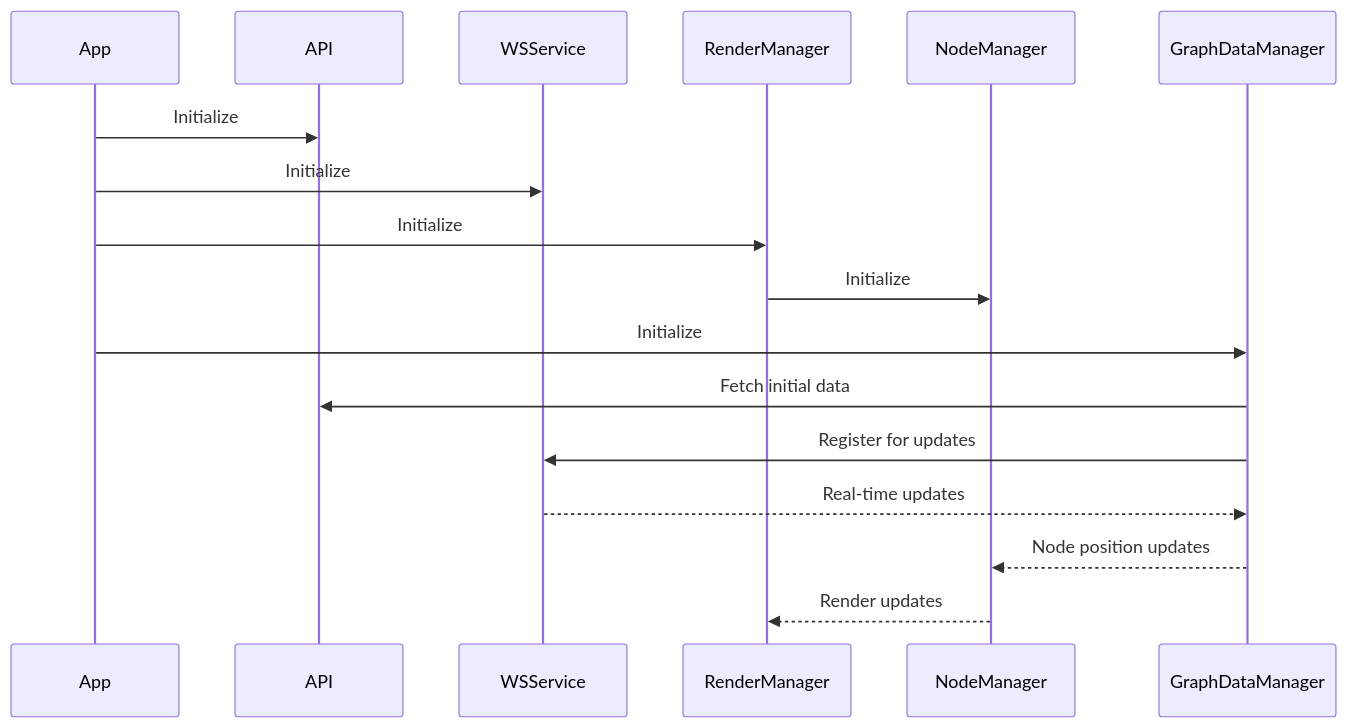
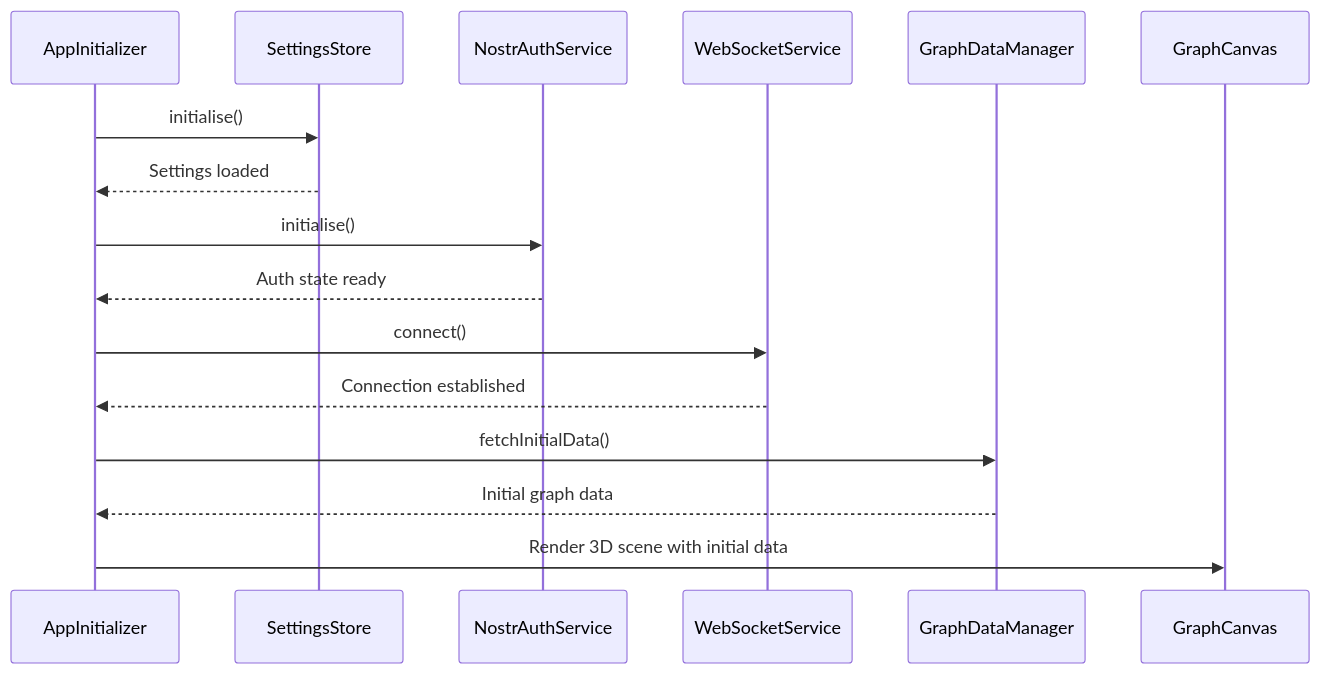
Before and after one commit to DreamLab-AI/VisionFlow: the second of 2 diagrams in docs/client/components.md, drawn with Mermaid. The commit also changed other lines of this file and 8 other files, not shown here.

````diff
--- a/docs/client/components.md
+++ b/docs/client/components.md
@@ -268,20 +223,23 @@
 ```mermaid
 sequenceDiagram
-    participant App
-    participant API
-    participant WSService
-    participant RenderManager
-    participant NodeManager
+    participant AppInitializer
+    participant SettingsStore
+    participant NostrAuthService
+    participant WebSocketService
     participant GraphDataManager
+    participant GraphCanvas
     
-    App->>API: Initialize
-    App->>WSService: Initialize
-    App->>RenderManager: Initialize
-    RenderManager->>NodeManager: Initialize
-    App->>GraphDataManager: Initialize
-    GraphDataManager->>API: Fetch initial data
-    GraphDataManager->>WSService: Register for updates
-    WSService-->>GraphDataManager: Real-time updates
-    GraphDataManager-->>NodeManager: Node position updates
-    NodeManager-->>RenderManager: Render updates
+    AppInitializer->>SettingsStore: initialise()
+    SettingsStore-->>AppInitializer: Settings loaded
+    
+    AppInitializer->>NostrAuthService: initialise()
+    NostrAuthService-->>AppInitializer: Auth state ready
+    
+    AppInitializer->>WebSocketService: connect()
+    WebSocketService-->>AppInitializer: Connection established
+    
+    AppInitializer->>GraphDataManager: fetchInitialData()
+    GraphDataManager-->>AppInitializer: Initial graph data
+    
+    AppInitializer->>GraphCanvas: Render 3D scene with initial data
 ```
````
